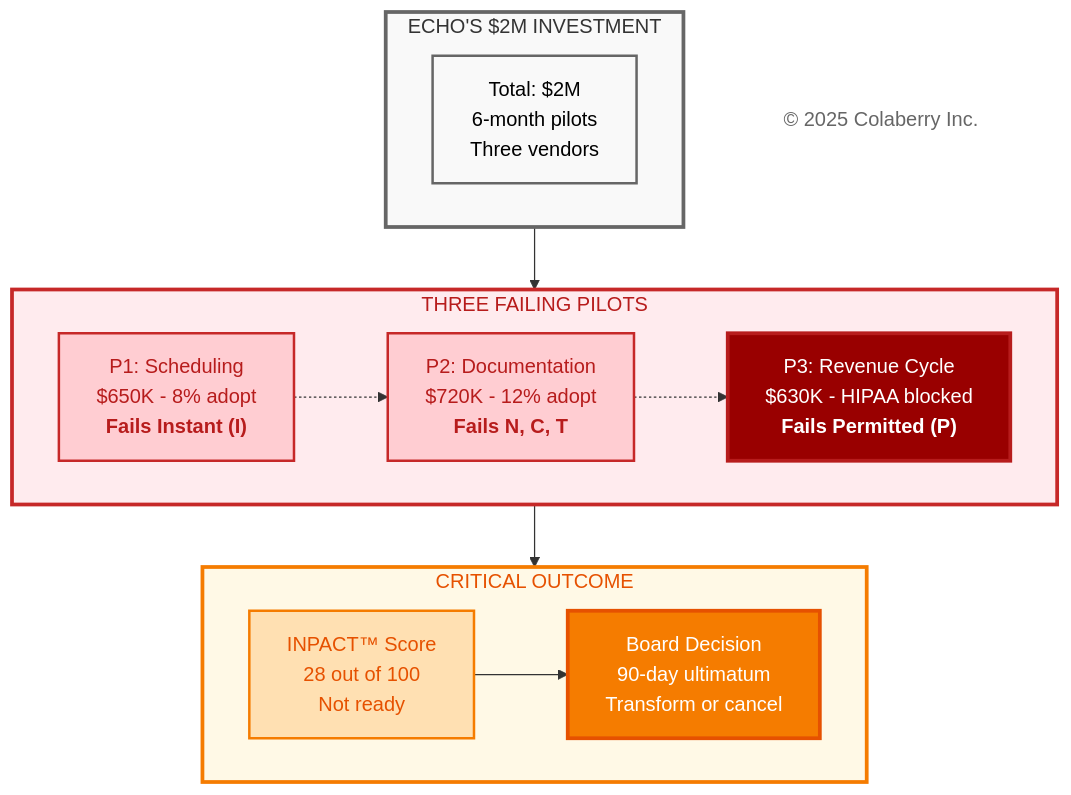
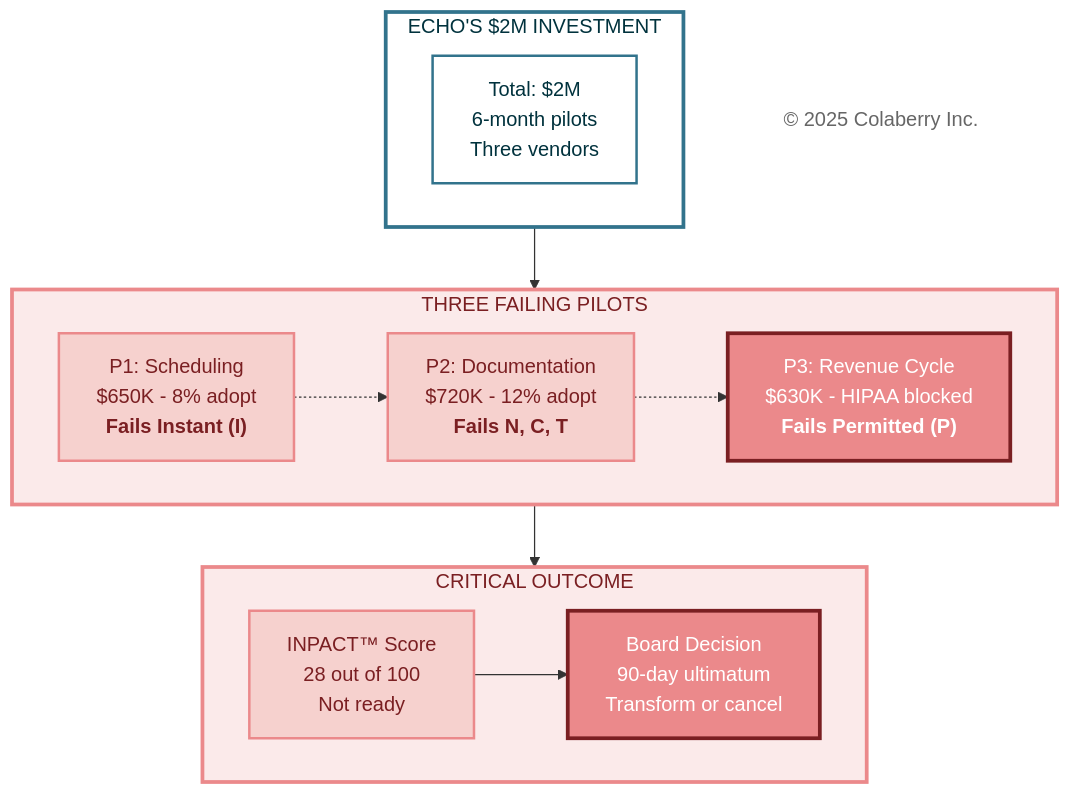
Before and after one commit to colaberry/trust-before-intelligence-book: the sixth of 6 diagrams in manuscript/02_chapter_1_why_agents_fail.md, drawn with Mermaid. The commit also changed other lines of this file, not shown here.

Commit message:
Update mermaid diagrams as per new coloberry color and contrast ratio for chapter 2

````diff
--- a/manuscript/02_chapter_1_why_agents_fail.md
+++ b/manuscript/02_chapter_1_why_agents_fail.md
@@ -632,44 +632,44 @@
 ```mermaid
 
 graph TB
     subgraph investment["ECHO'S $2M INVESTMENT"]
         TOTAL["Total: $2M<br/>6-month pilots<br/>Three vendors"]
     end
     
     subgraph pilots["THREE FAILING PILOTS"]
         P1["P1: Scheduling<br/>$650K - 8% adopt<br/><b>Fails Instant (I)</b>"]
         
         P2["P2: Documentation<br/>$720K - 12% adopt<br/><b>Fails N, C, T</b>"]
         
         P3["P3: Revenue Cycle<br/>$630K - HIPAA blocked<br/><b>Fails Permitted (P)</b>"]
         
         P1 -.-> P2 -.-> P3
     end
     
     subgraph outcome["CRITICAL OUTCOME"]
         SCORE["INPACT™ Score<br/>28 out of 100<br/>Not ready"]
         
         DECISION["Board Decision<br/>90-day ultimatum<br/>Transform or cancel"]
         
         SCORE --> DECISION
     end
     
     investment --> pilots --> outcome
     
     Copyright["© 2025 Colaberry Inc."]
     
-    style investment fill:#f9f9f9,stroke:#666666,stroke-width:3px,color:#333333
-    style TOTAL fill:#f9f9f9,stroke:#666666,stroke-width:2px,color:#000000
+    style investment fill:#ffffff,stroke:#32738C,stroke-width:3px,color:#00323D
+    style TOTAL fill:#ffffff,stroke:#32738C,stroke-width:2px,color:#00323D
     
-    style pilots fill:#ffebee,stroke:#c62828,stroke-width:3px,color:#b71c1c
-    style P1 fill:#ffcdd2,stroke:#c62828,stroke-width:2px,color:#b71c1c
-    style P2 fill:#ffcdd2,stroke:#c62828,stroke-width:2px,color:#b71c1c
-    style P3 fill:#990000,stroke:#b71c1c,stroke-width:3px,color:#ffffff
+    style pilots fill:#FBEAEA,stroke:#EB898B,stroke-width:3px,color:#7A1F22
+    style P1 fill:#F6D1CE,stroke:#EB898B,stroke-width:2px,color:#7A1F22
+    style P2 fill:#F6D1CE,stroke:#EB898B,stroke-width:2px,color:#7A1F22
+    style P3 fill:#EB898B,color:#ffffff,stroke:#7A1F22,stroke-width:3px
     
-    style outcome fill:#fff9e6,stroke:#f57c00,stroke-width:3px,color:#e65100
-    style SCORE fill:#ffe0b2,stroke:#f57c00,stroke-width:2px,color:#e65100
-    style DECISION fill:#f57c00,stroke:#e65100,stroke-width:3px,color:#ffffff
+    style outcome fill:#FBEAEA,stroke:#EB898B,stroke-width:3px,color:#7A1F22
+    style SCORE fill:#F6D1CE,stroke:#EB898B,stroke-width:2px,color:#7A1F22
+    style DECISION fill:#EB898B,color:#ffffff,stroke:#7A1F22,stroke-width:3px
     
-    style Copyright fill:#ffffff,stroke:none,color:#666666
+    style Copyright fill:none,stroke:none,color:#666666
 
 ```
````
